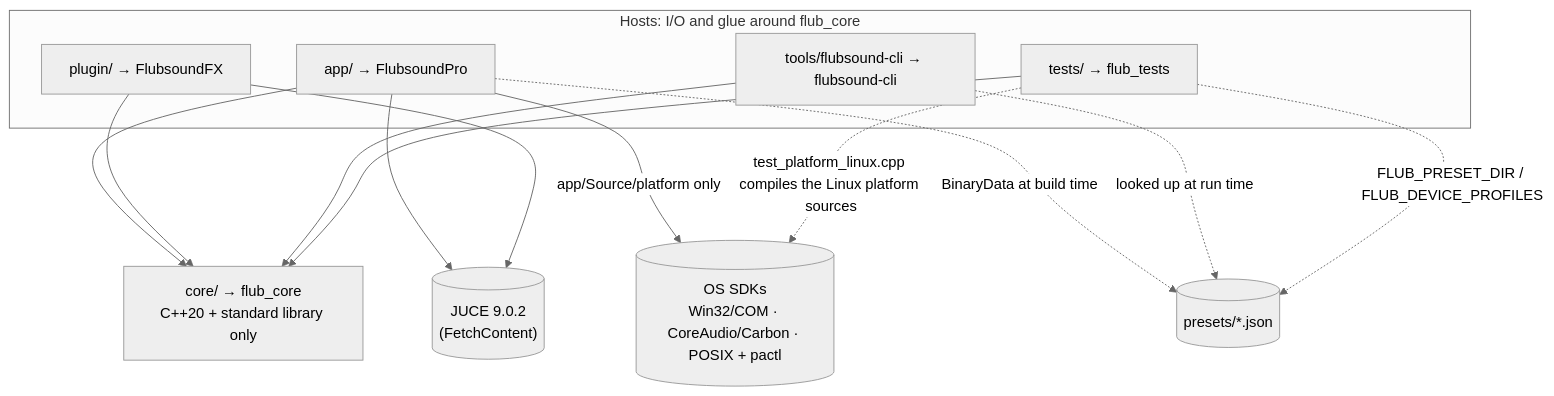
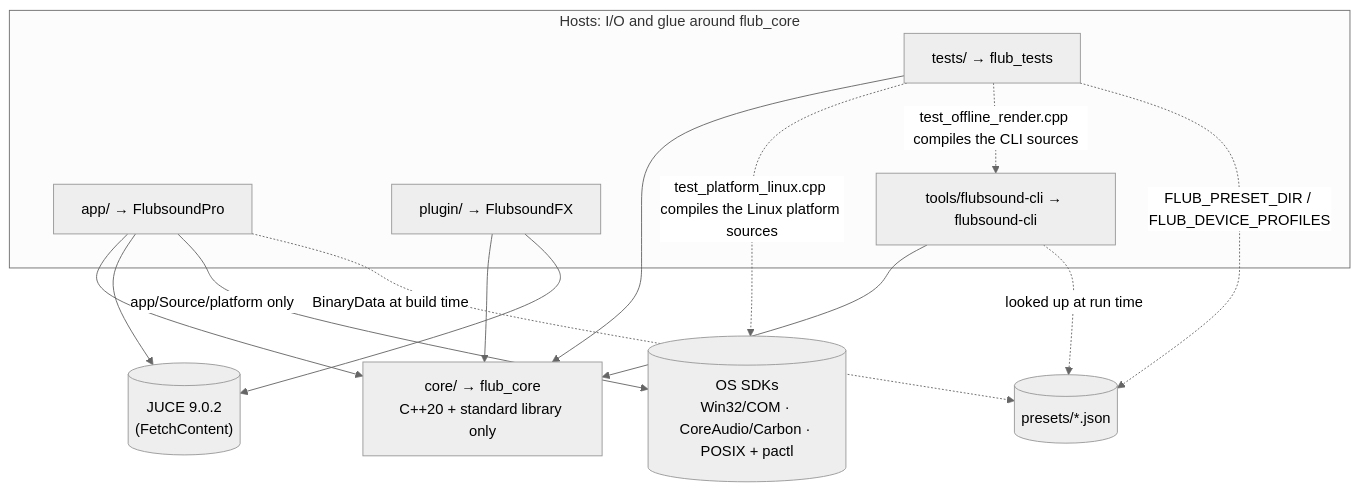
Before and after one commit to flubydooby-creator/Flubsound: the diagram in docs/04-project-structure.md, drawn with Mermaid (neutral theme). The commit also changed other lines of this file and 4 other files, not shown here.

````diff
--- a/docs/04-project-structure.md
+++ b/docs/04-project-structure.md
@@ -321,25 +323,26 @@
 ```mermaid
 flowchart TB
     subgraph Hosts["Hosts: I/O and glue around flub_core"]
         APP["app/ → FlubsoundPro"]
         PLG["plugin/ → FlubsoundFX"]
         CLI["tools/flubsound-cli → flubsound-cli"]
         TST["tests/ → flub_tests"]
     end
     CORE["core/ → flub_core<br/>C++20 + standard library only"]
     JUCE[("JUCE 9.0.2<br/>(FetchContent)")]
     OSSDK[("OS SDKs<br/>Win32/COM · CoreAudio/Carbon · POSIX + pactl")]
     DATA[("presets/*.json")]
 
     APP --> CORE
     PLG --> CORE
     CLI --> CORE
     TST --> CORE
     APP --> JUCE
     PLG --> JUCE
     APP -->|"app/Source/platform only"| OSSDK
     TST -.->|"test_platform_linux.cpp compiles the Linux platform sources"| OSSDK
+    TST -.->|"test_offline_render.cpp compiles the CLI sources"| CLI
     APP -.->|"BinaryData at build time"| DATA
     CLI -.->|"looked up at run time"| DATA
     TST -.->|"FLUB_PRESET_DIR / FLUB_DEVICE_PROFILES"| DATA
 ```
````
